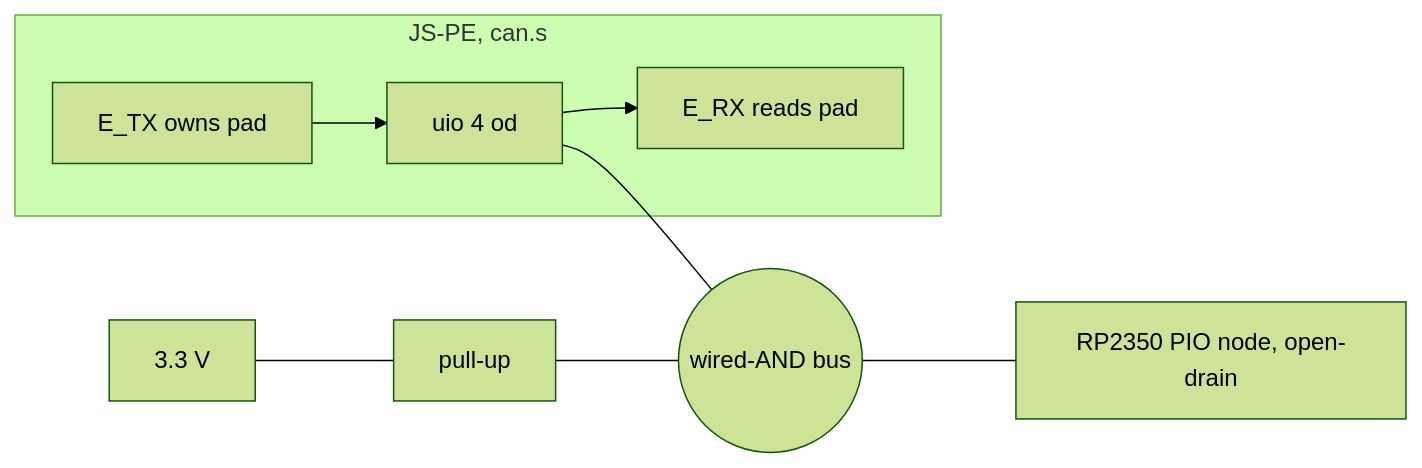
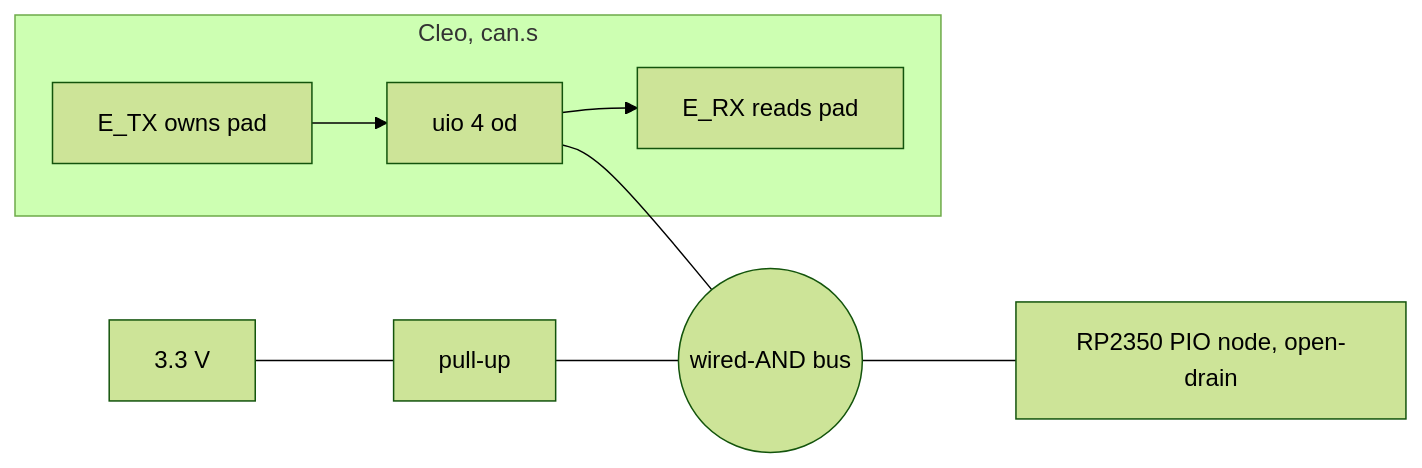
The sixth of 6 diagrams in docs/INTERFACING.md (NotCleo/JS-PE), drawn with Mermaid (forest theme) before and after one commit. The commit also changed other lines of this file and 13 other files, not shown here.

Commit message:
readme: shorter rewrite, timeline removed; chip renamed Cleo in docs, info.yaml title and sw headers

````diff
--- a/docs/INTERFACING.md
+++ b/docs/INTERFACING.md
@@ -105,10 +105,10 @@
 ```mermaid
 flowchart LR
   V[3.3 V] --- R[pull-up] --- BUS((wired-AND bus))
-  subgraph JSPE[JS-PE, can.s]
+  subgraph JSPE[Cleo, can.s]
     ETX[E_TX owns pad] --> PAD[uio 4 od]
     PAD --> ERX[E_RX reads pad]
   end
   PAD --- BUS
   BUS --- NODE[RP2350 PIO node, open-drain]
 ```
````
